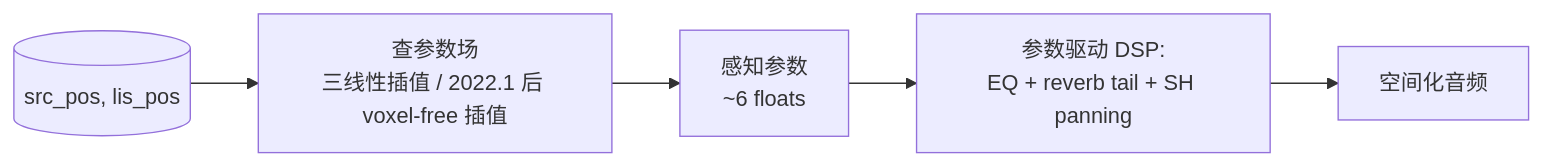
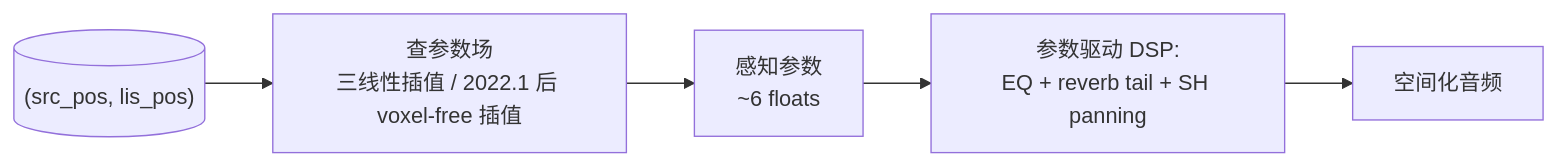
Before and after one commit to ohday/BranKm: the third of 7 diagrams in projects/acoustic-portal-baking/wiki/11. Project Acoustics 波动式对比.md, drawn with Mermaid. The commit also changed other lines of this file and 121 other files, not shown here.

````diff
--- a/projects/acoustic-portal-baking/wiki/11. Project Acoustics 波动式对比.md
+++ b/projects/acoustic-portal-baking/wiki/11. Project Acoustics 波动式对比.md
@@ -116,10 +116,10 @@
 ```mermaid
 flowchart LR
-    Q[(src_pos, lis_pos)]
+    Q[("(src_pos, lis_pos)")]
     GRID["查参数场<br/>三线性插值 / 2022.1 后 voxel-free 插值"]
-    PARAMS[感知参数<br/>~6 floats]
+    PARAMS["感知参数<br/>~6 floats"]
     DSP["参数驱动 DSP:<br/>EQ + reverb tail + SH panning"]
-    OUT[空间化音频]
+    OUT["空间化音频"]
 
     Q --> GRID --> PARAMS --> DSP --> OUT
 ```
````
